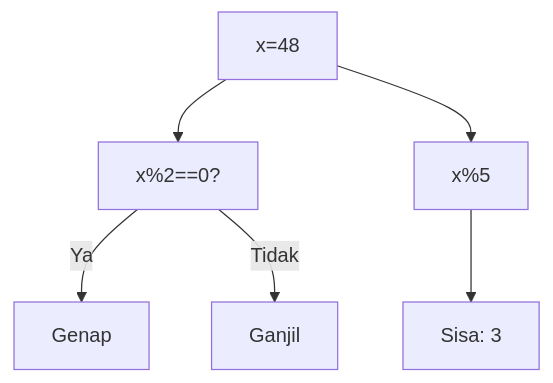
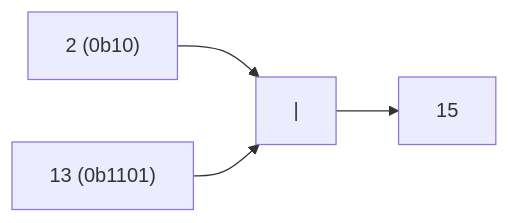
Before and after one commit to amnahwaida/OSNK_INF_PREP: the second of 25 diagrams in part-c-pemahaman-cpp/06-bitwise/latihan/set-06.md, drawn with Mermaid. The commit also changed other lines of this file and 71 other files, not shown here.

````diff
--- a/part-c-pemahaman-cpp/06-bitwise/latihan/set-06.md
+++ b/part-c-pemahaman-cpp/06-bitwise/latihan/set-06.md
@@ -91,8 +46,6 @@
 ```mermaid
-graph TD
-A["x=48"] --> B["x%2==0?"]
-B -- Ya --> C["Genap"]
-B -- Tidak --> D["Ganjil"]
-A --> E["x%5"]
-E --> F["Sisa: 3"]
+graph LR
+A["2 (0b10)"] --> C["|"]
+B["13 (0b1101)"] --> C
+C --> D["15"]
 ```
````
